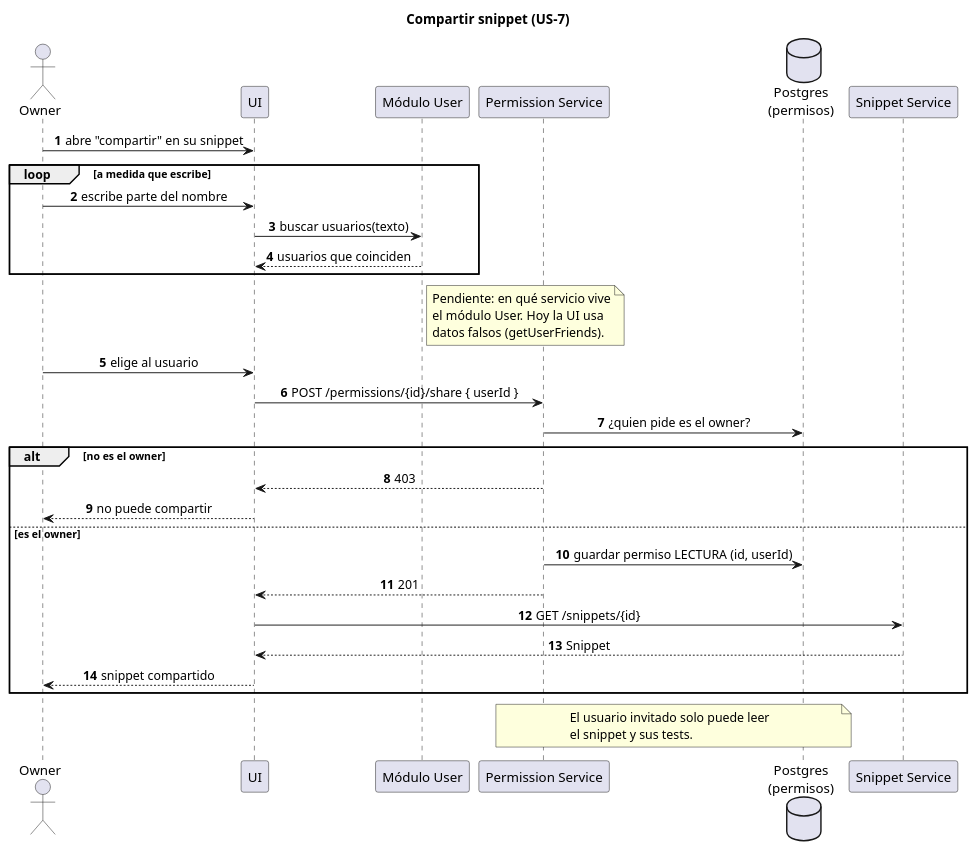
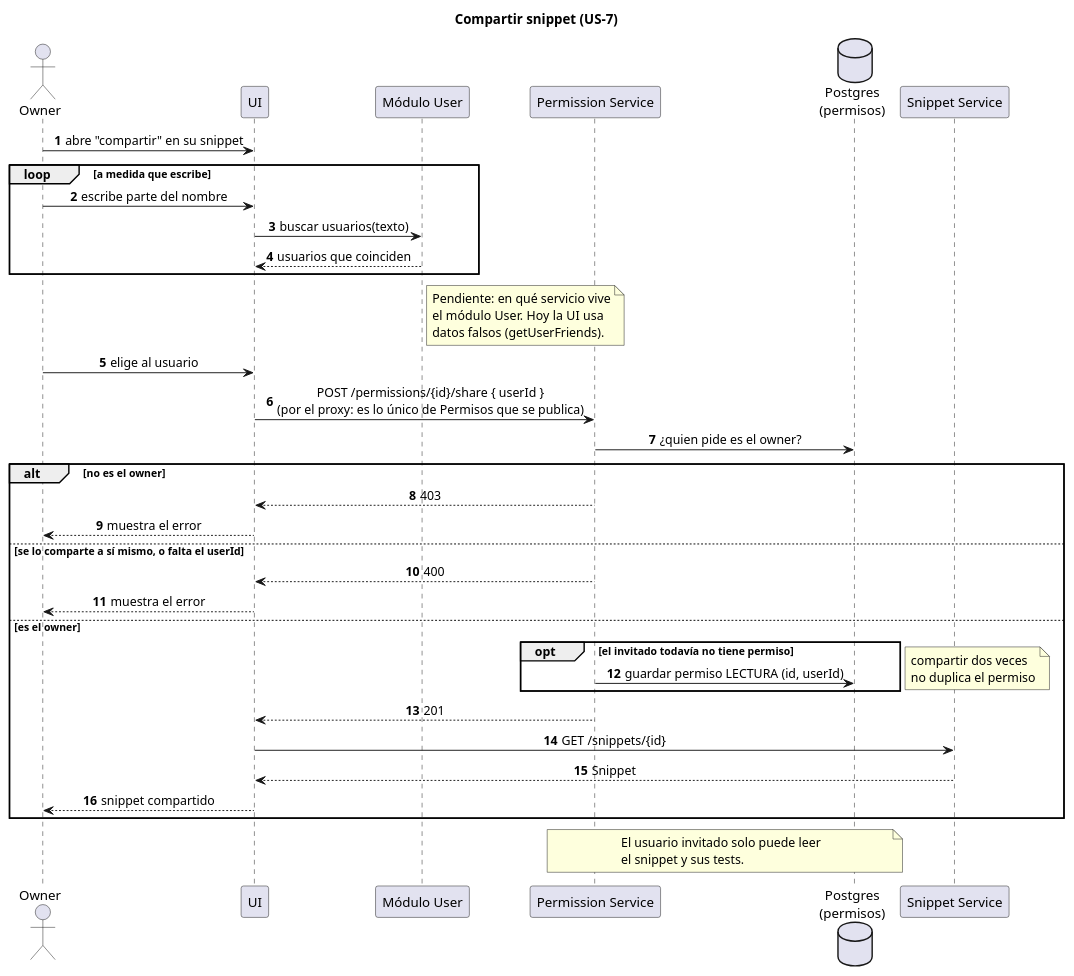
Before and after one commit to MartinaCousido/SnippetSearcher: the diagram in docs/diagramas/flujos/secuencia-compartir-snippet.puml, drawn with PlantUML. The commit also changed 6 other files, not shown here.

First line of the commit message:
docs: actualiza los diagramas y la tabla de flujos

```diff
--- a/docs/diagramas/flujos/secuencia-compartir-snippet.puml
+++ b/docs/diagramas/flujos/secuencia-compartir-snippet.puml
@@ -1,46 +1,53 @@
 @startuml secuencia-compartir-snippet
 ' Compartir un snippet con otro usuario (US-7).
-' Falta implementarlo: SnippetPermission#14.
+' Implementado en SnippetPermission#14. Falta el módulo User (búsqueda de
+' usuarios), que sigue pendiente.
 
 title Compartir snippet (US-7)
 autonumber
 skinparam sequenceMessageAlign center
 
 actor Owner
 participant UI
 participant "Módulo User" as U
 participant "Permission Service" as P
 database "Postgres\n(permisos)" as PDB
 participant "Snippet Service" as S
 
 Owner -> UI : abre "compartir" en su snippet
 loop a medida que escribe
   Owner -> UI : escribe parte del nombre
   UI -> U : buscar usuarios(texto)
   U --> UI : usuarios que coinciden
 end
 note right of U
   Pendiente: en qué servicio vive
   el módulo User. Hoy la UI usa
   datos falsos (getUserFriends).
 end note
 
 Owner -> UI : elige al usuario
-UI -> P : POST /permissions/{id}/share { userId }
+UI -> P : POST /permissions/{id}/share { userId }\n(por el proxy: es lo único de Permisos que se publica)
 P -> PDB : ¿quien pide es el owner?
 alt no es el owner
   P --> UI : 403
-  UI --> Owner : no puede compartir
+  UI --> Owner : muestra el error
+else se lo comparte a sí mismo, o falta el userId
+  P --> UI : 400
+  UI --> Owner : muestra el error
 else es el owner
-  P -> PDB : guardar permiso LECTURA (id, userId)
+  opt el invitado todavía no tiene permiso
+    P -> PDB : guardar permiso LECTURA (id, userId)
+  end
+  note right: compartir dos veces\nno duplica el permiso
   P --> UI : 201
   UI -> S : GET /snippets/{id}
   S --> UI : Snippet
   UI --> Owner : snippet compartido
 end
 
 note over P, PDB
   El usuario invitado solo puede leer
   el snippet y sus tests.
 end note
 @enduml
```
